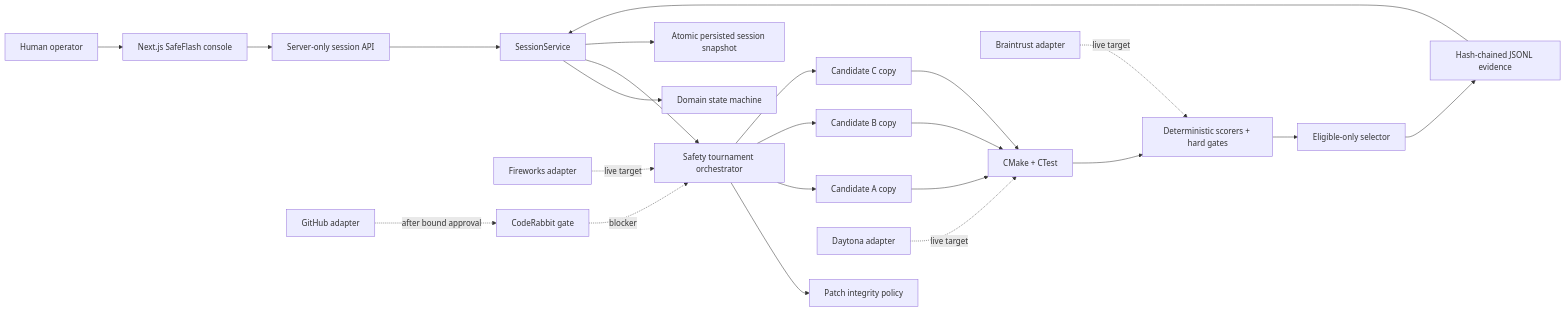
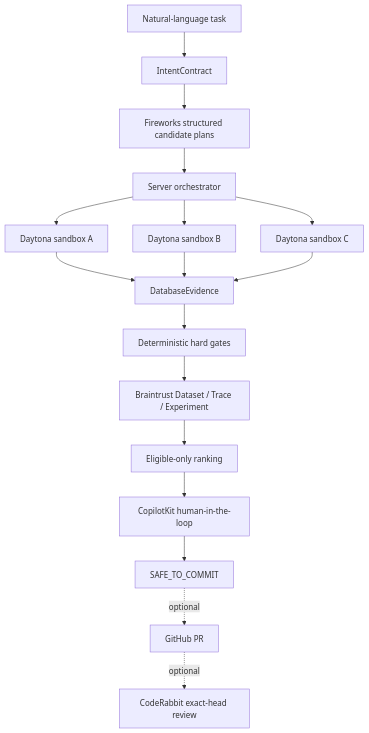
Before and after one commit to Frankie744/safecommit-ai: the diagram in docs/architecture.md, drawn with Mermaid. The commit also changed other lines of this file and 12 other files, not shown here.

Commit message:
docs: deliver SafeCommit competition narrative and evidence deck

````diff
--- a/docs/architecture.md
+++ b/docs/architecture.md
@@ -32,26 +16,19 @@
 ```mermaid
-flowchart LR
-  O[Human operator] --> UI[Next.js SafeFlash console]
-  UI --> API[Server-only session API]
-  API --> SS[SessionService]
-  SS --> SM[Domain state machine]
-  SS --> ORCH[Safety tournament orchestrator]
-  ORCH --> PI[Patch integrity policy]
-  ORCH --> A[Candidate A copy]
-  ORCH --> B[Candidate B copy]
-  ORCH --> C[Candidate C copy]
-  A --> CT[CMake + CTest]
-  B --> CT
-  C --> CT
-  CT --> SC[Deterministic scorers + hard gates]
-  SC --> SEL[Eligible-only selector]
-  SEL --> EV[Hash-chained JSONL evidence]
-  EV --> SS
-  SS --> PS[Atomic persisted session snapshot]
-
-  FW[Fireworks adapter] -. live target .-> ORCH
-  DT[Daytona adapter] -. live target .-> CT
-  BT[Braintrust adapter] -. live target .-> SC
-  GH[GitHub adapter] -. after bound approval .-> CR[CodeRabbit gate]
-  CR -. blocker .-> ORCH
+flowchart TD
+  U[Natural-language task] --> IC[IntentContract]
+  IC --> FW[Fireworks structured candidate plans]
+  FW --> O[Server orchestrator]
+  O --> A[Daytona sandbox A]
+  O --> B[Daytona sandbox B]
+  O --> C[Daytona sandbox C]
+  A --> EV[DatabaseEvidence]
+  B --> EV
+  C --> EV
+  EV --> HG[Deterministic hard gates]
+  HG --> BT[Braintrust Dataset / Trace / Experiment]
+  BT --> S[Eligible-only ranking]
+  S --> CK[CopilotKit human-in-the-loop]
+  CK --> SC[SAFE_TO_COMMIT]
+  SC -. optional .-> GH[GitHub PR]
+  GH -. optional .-> CR[CodeRabbit exact-head review]
 ```
````
